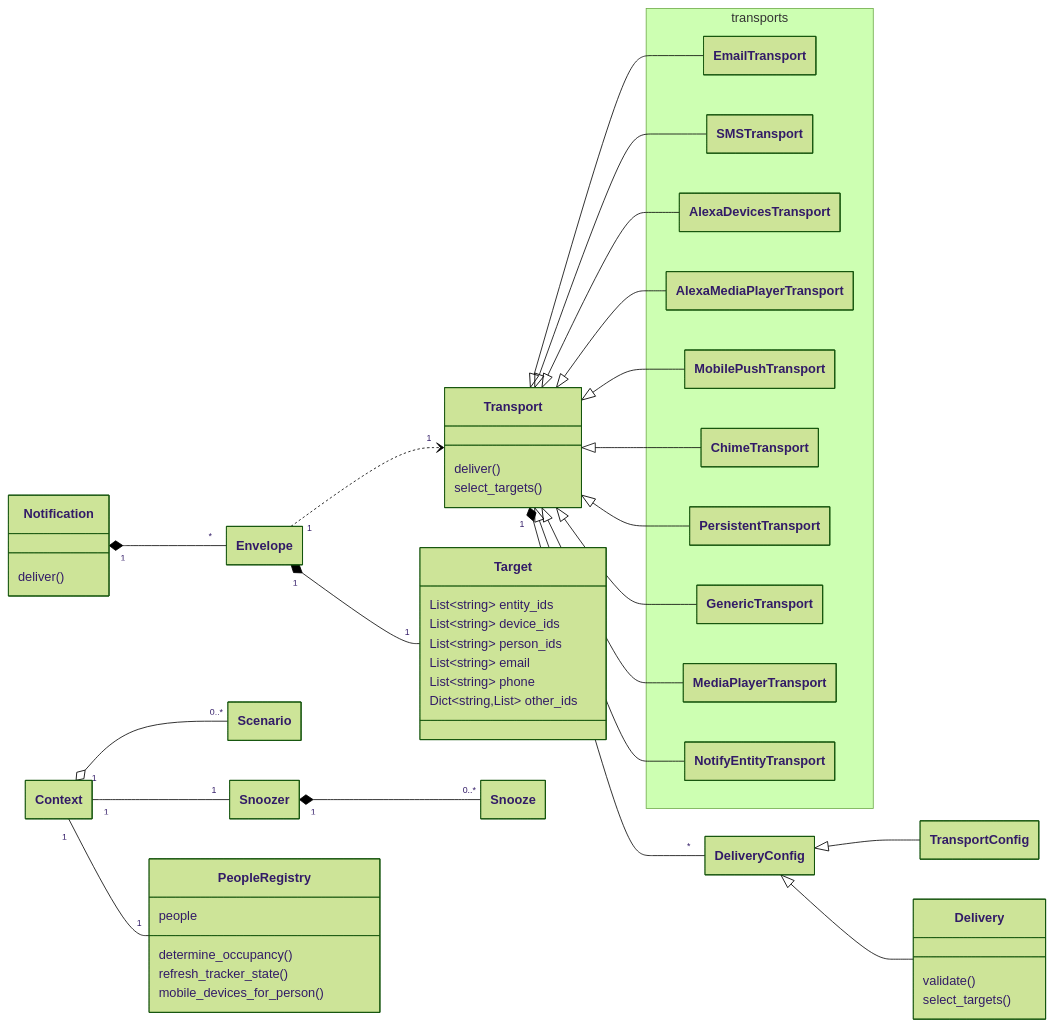
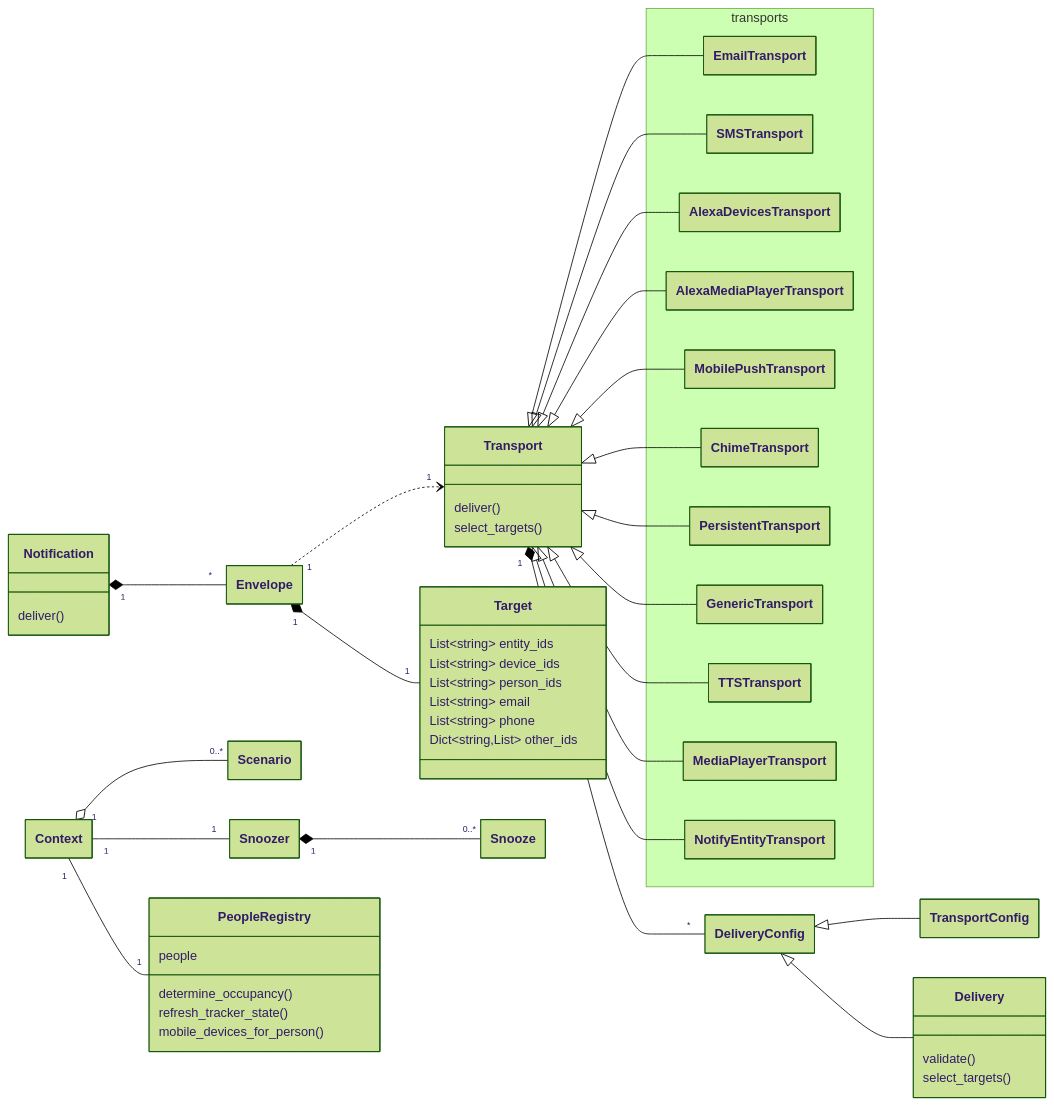
One commit to rhizomatics/supernotify changed the diagram in docs/developer/class_diagram.md. Above: the diagram before and after it, drawn with Mermaid (forest theme). The commit also changed 36 other files, not shown here.

````diff
--- a/docs/developer/class_diagram.md
+++ b/docs/developer/class_diagram.md
@@ -62,6 +62,7 @@
         class ChimeTransport{}
         class PersistentTransport{}
         class GenericTransport{}
+        class TTSTransport{}
         class MediaPlayerTransport{}
         class NotifyEntityTransport{}
     }
@@ -84,6 +85,7 @@
     Transport <|--  ChimeTransport
     Transport <|--  PersistentTransport
     Transport <|--  GenericTransport
+    Transport <|--  TTSTransport
     Transport <|--  MediaPlayerTransport
     Transport <|--  NotifyEntityTransport
 ```
````
